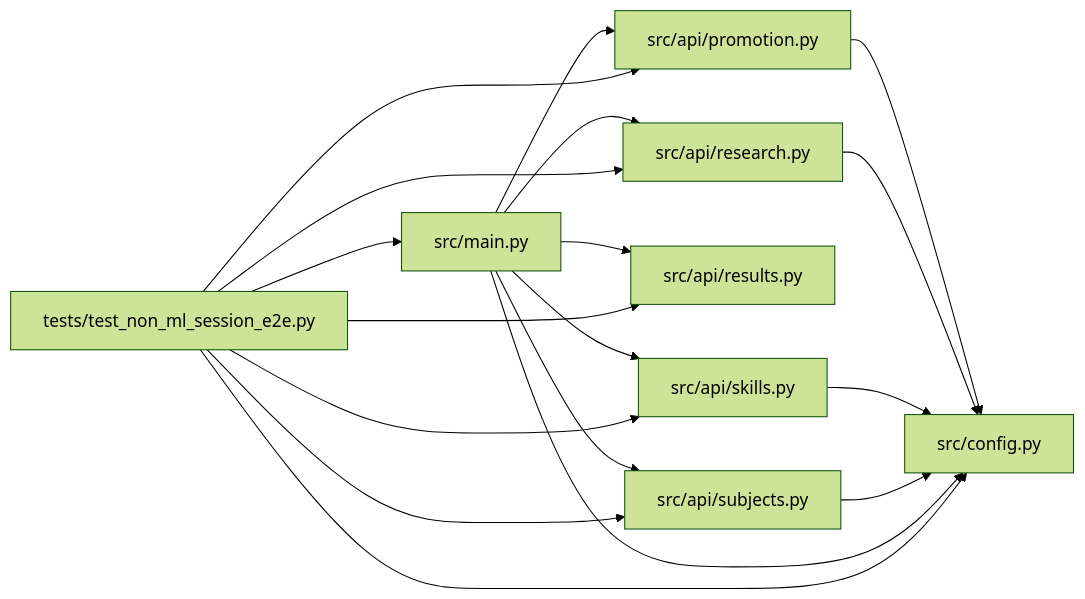
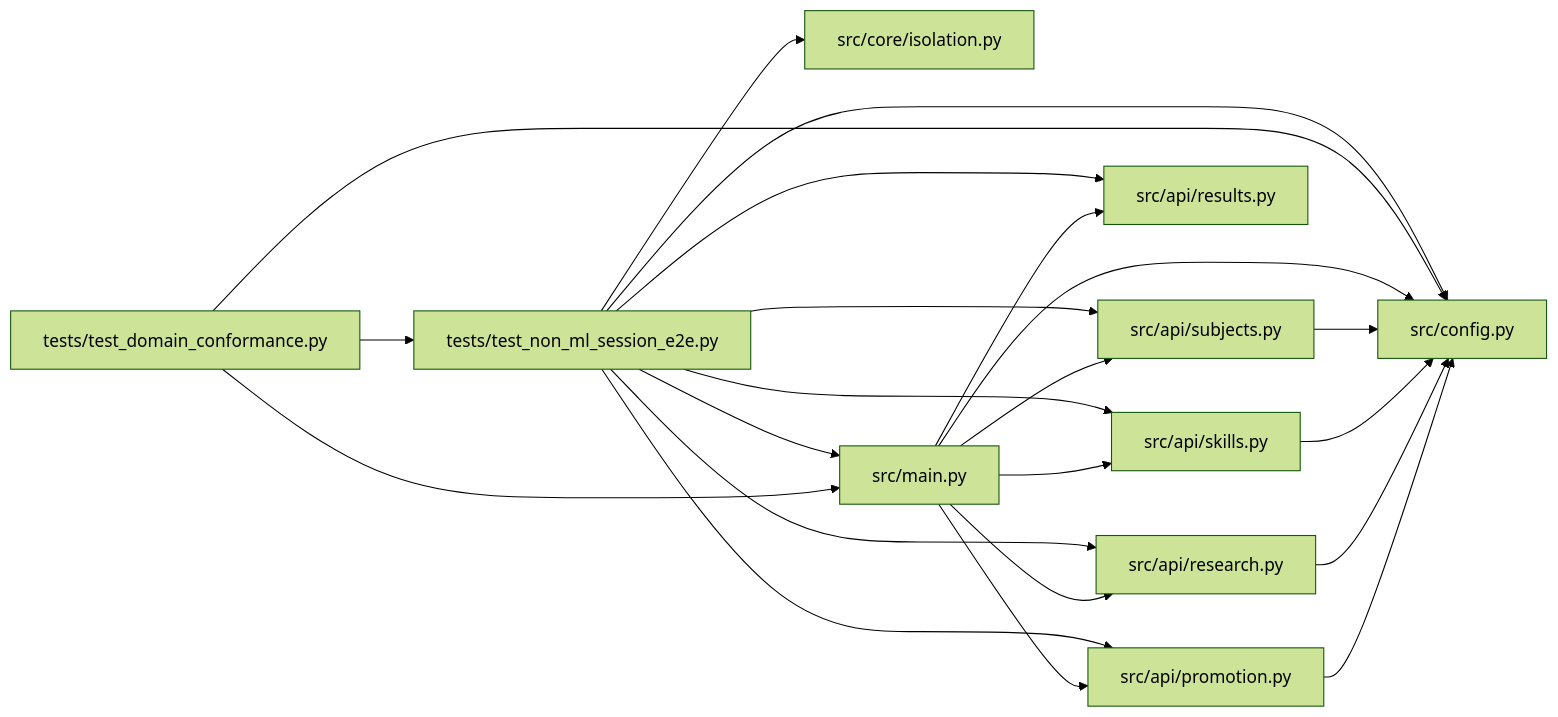
Before and after one commit to Denissvgn/autoresearch-agent: the diagram in docs/llm_wiki/modules/test_non_ml_session_e2e.md, drawn with Mermaid (forest theme). The commit also changed other lines of this file and 1033 other files, not shown here.

````diff
--- a/docs/llm_wiki/modules/test_non_ml_session_e2e.md
+++ b/docs/llm_wiki/modules/test_non_ml_session_e2e.md
@@ -54,36 +55,44 @@
 ```mermaid
 flowchart LR
     n0["src/api/promotion.py"]
     n1["src/api/research.py"]
     n2["src/api/results.py"]
     n3["src/api/skills.py"]
     n4["src/api/subjects.py"]
     n5["src/config.py"]
-    n6["src/main.py"]
-    n7["tests/test_non_ml_session_e2e.py"]
+    n6["src/core/isolation.py"]
+    n7["src/main.py"]
+    n8["tests/test_domain_conformance.py"]
+    n9["tests/test_non_ml_session_e2e.py"]
     n0 --> n5
     n1 --> n5
     n3 --> n5
     n4 --> n5
-    n6 --> n0
-    n6 --> n1
-    n6 --> n2
-    n6 --> n3
-    n6 --> n4
-    n6 --> n5
     n7 --> n0
     n7 --> n1
     n7 --> n2
     n7 --> n3
     n7 --> n4
     n7 --> n5
-    n7 --> n6
+    n8 --> n5
+    n8 --> n7
+    n8 --> n9
+    n9 --> n0
+    n9 --> n1
+    n9 --> n2
+    n9 --> n3
+    n9 --> n4
+    n9 --> n5
+    n9 --> n6
+    n9 --> n7
     click n0 "../modules/promotion.md"
     click n1 "../modules/research.md"
     click n2 "../modules/results.md"
     click n3 "../modules/src_api_skills.md"
     click n4 "../modules/subjects.md"
     click n5 "../modules/config.md"
-    click n6 "../modules/src_main.md"
-    click n7 "../modules/test_non_ml_session_e2e.md"
+    click n6 "../modules/isolation.md"
+    click n7 "../modules/src_main.md"
+    click n8 "../modules/test_domain_conformance.md"
+    click n9 "../modules/test_non_ml_session_e2e.md"
 ```
````
